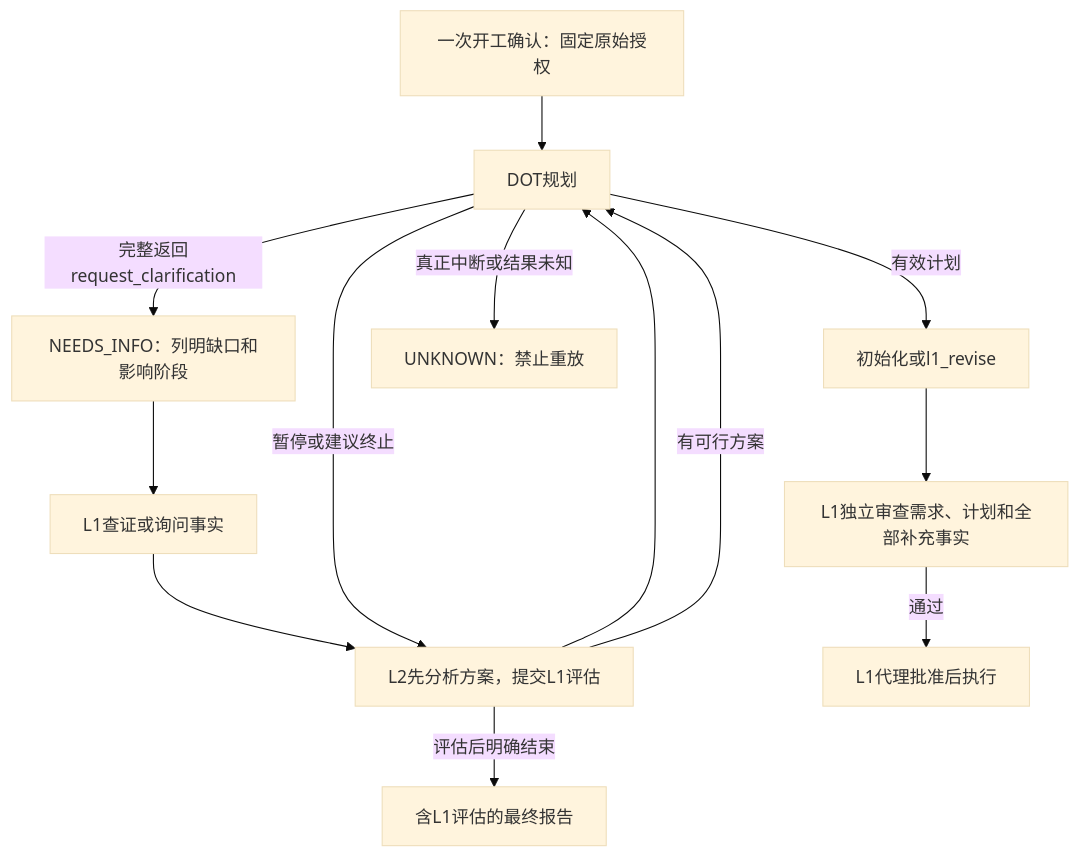
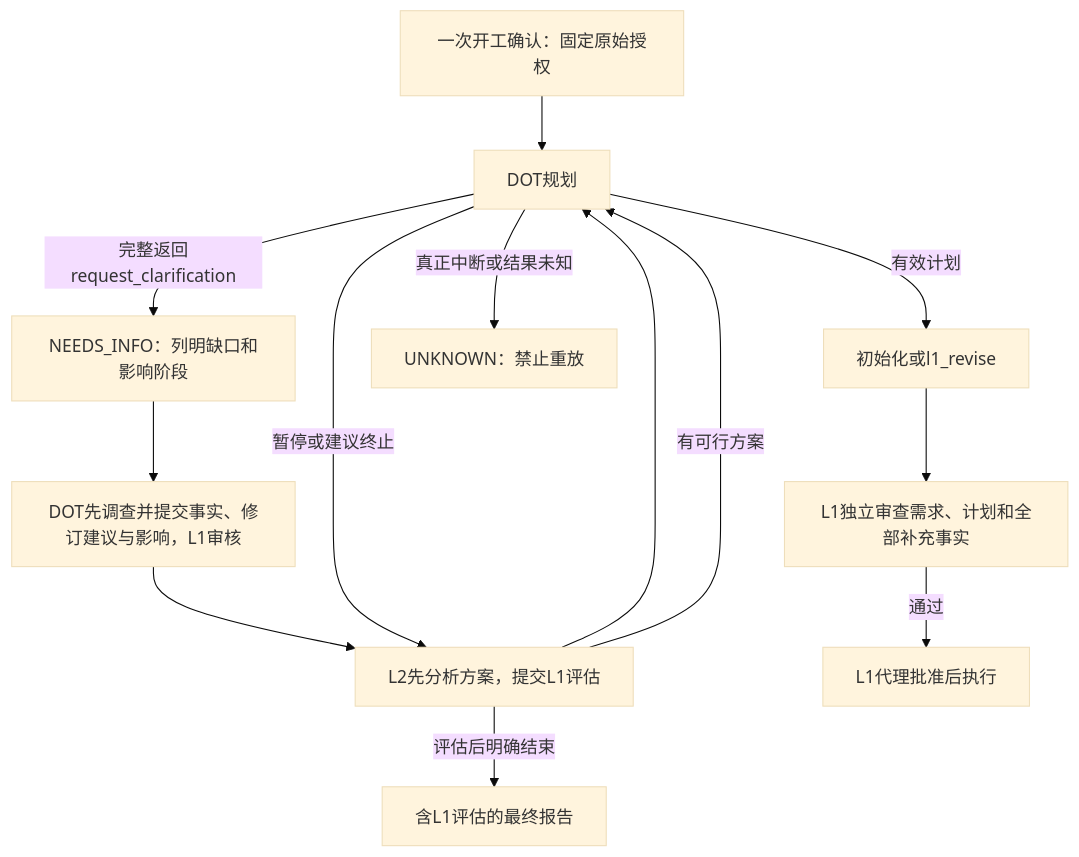
Before and after one commit to Merrychen-CMY/AI-Programming-Workflow: the diagram in docs/guides/clarifications.md, drawn with Mermaid (base theme). The commit also changed other lines of this file and 81 other files, not shown here.

````diff
--- a/docs/guides/clarifications.md
+++ b/docs/guides/clarifications.md
@@ -19,15 +19,15 @@
 ```mermaid
 flowchart TD
  A[一次开工确认：固定原始授权] --> B[DOT规划]
  B -->|完整返回request_clarification| C[NEEDS_INFO：列明缺口和影响阶段]
- C --> D[L1查证或询问事实]
+ C --> D[DOT先调查并提交事实、修订建议与影响，L1审核]
  D --> E[l1_add_facts：追加来源与版本，扣原修订预算]
  E --> B
  B -->|有效计划| F[初始化或l1_revise]
  F --> G[L1独立审查需求、计划和全部补充事实]
  G -->|通过| H[L1代理批准后执行]
  B -->|真正中断或结果未知| X[UNKNOWN：禁止重放]
  B -->|暂停或建议终止| E[L2先分析方案，提交L1评估]
  E -->|评估后明确结束| Y[含L1评估的最终报告]
  E -->|有可行方案| B
 ```
````
